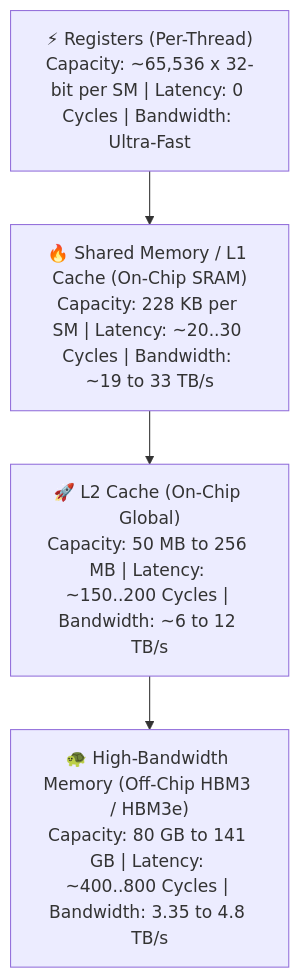
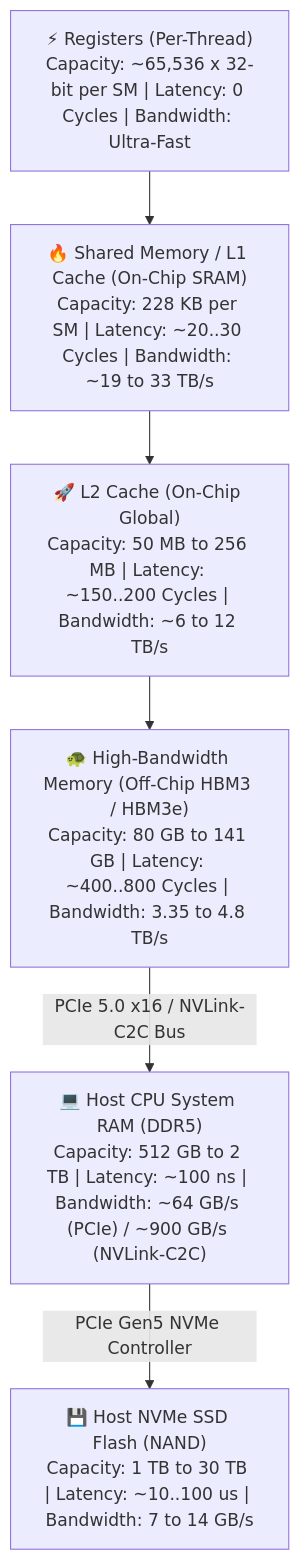
The first of 5 diagrams in docs/en/04_hardware_and_kernel_optimization.md (Marinette101/vllm-learning-notes), drawn with Mermaid before and after one commit. The commit also changed other lines of this file and 1 other file, not shown here.

Commit message:
Extend Module 4 Part 1 with CPU System RAM (DDR5) and NVMe SSD Flash (NAND) storage pyramid tiers for KV Cache Swapping

````diff
--- a/docs/en/04_hardware_and_kernel_optimization.md
+++ b/docs/en/04_hardware_and_kernel_optimization.md
@@ -13,6 +13,8 @@
 ```mermaid
 flowchart TD
     REG["⚡ Registers (Per-Thread)<br>Capacity: ~65,536 x 32-bit per SM | Latency: 0 Cycles | Bandwidth: Ultra-Fast"] --> SRAM["🔥 Shared Memory / L1 Cache (On-Chip SRAM)<br>Capacity: 228 KB per SM | Latency: ~20..30 Cycles | Bandwidth: ~19 to 33 TB/s"]
     SRAM --> L2["🚀 L2 Cache (On-Chip Global)<br>Capacity: 50 MB to 256 MB | Latency: ~150..200 Cycles | Bandwidth: ~6 to 12 TB/s"]
     L2 --> HBM["🐢 High-Bandwidth Memory (Off-Chip HBM3 / HBM3e)<br>Capacity: 80 GB to 141 GB | Latency: ~400..800 Cycles | Bandwidth: 3.35 to 4.8 TB/s"]
+    HBM -->|"PCIe 5.0 x16 / NVLink-C2C Bus"| CPU_RAM["💻 Host CPU System RAM (DDR5)<br>Capacity: 512 GB to 2 TB | Latency: ~100 ns | Bandwidth: ~64 GB/s (PCIe) / ~900 GB/s (NVLink-C2C)"]
+    CPU_RAM -->|"PCIe Gen5 NVMe Controller"| NVME["💾 Host NVMe SSD Flash (NAND)<br>Capacity: 1 TB to 30 TB | Latency: ~10..100 us | Bandwidth: 7 to 14 GB/s"]
 ```
````
